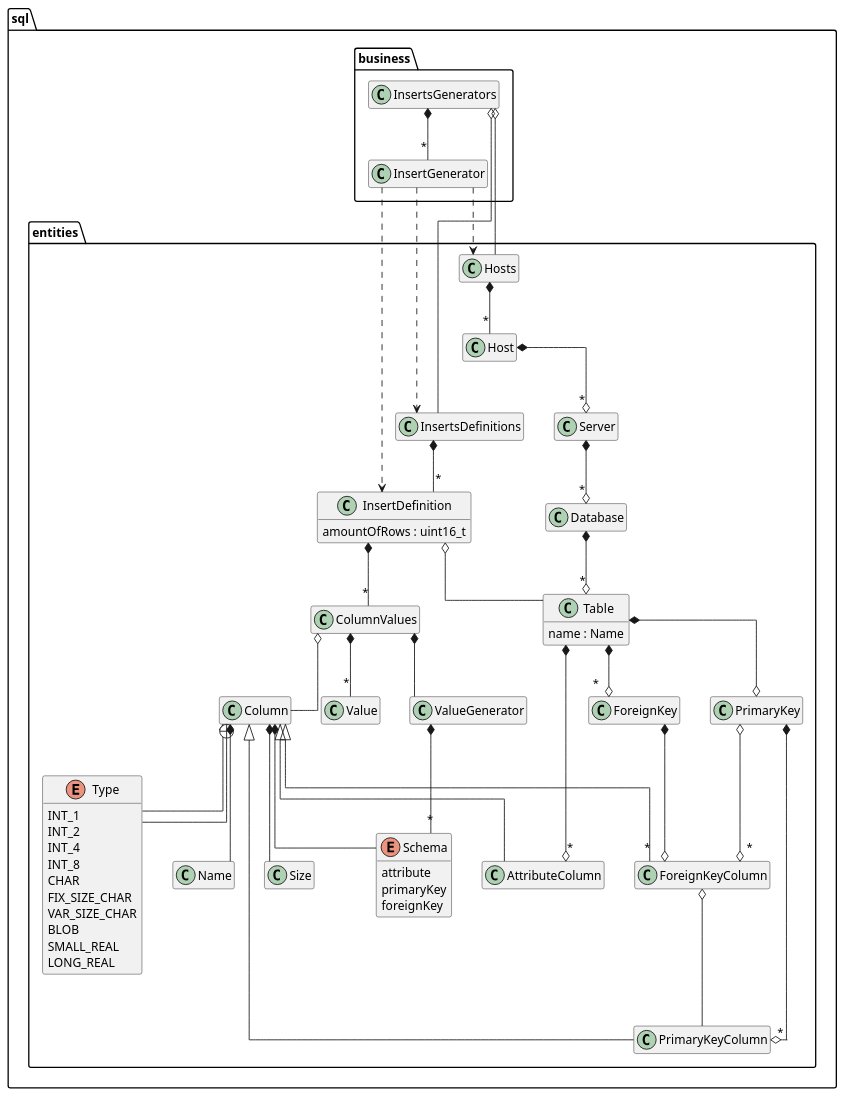
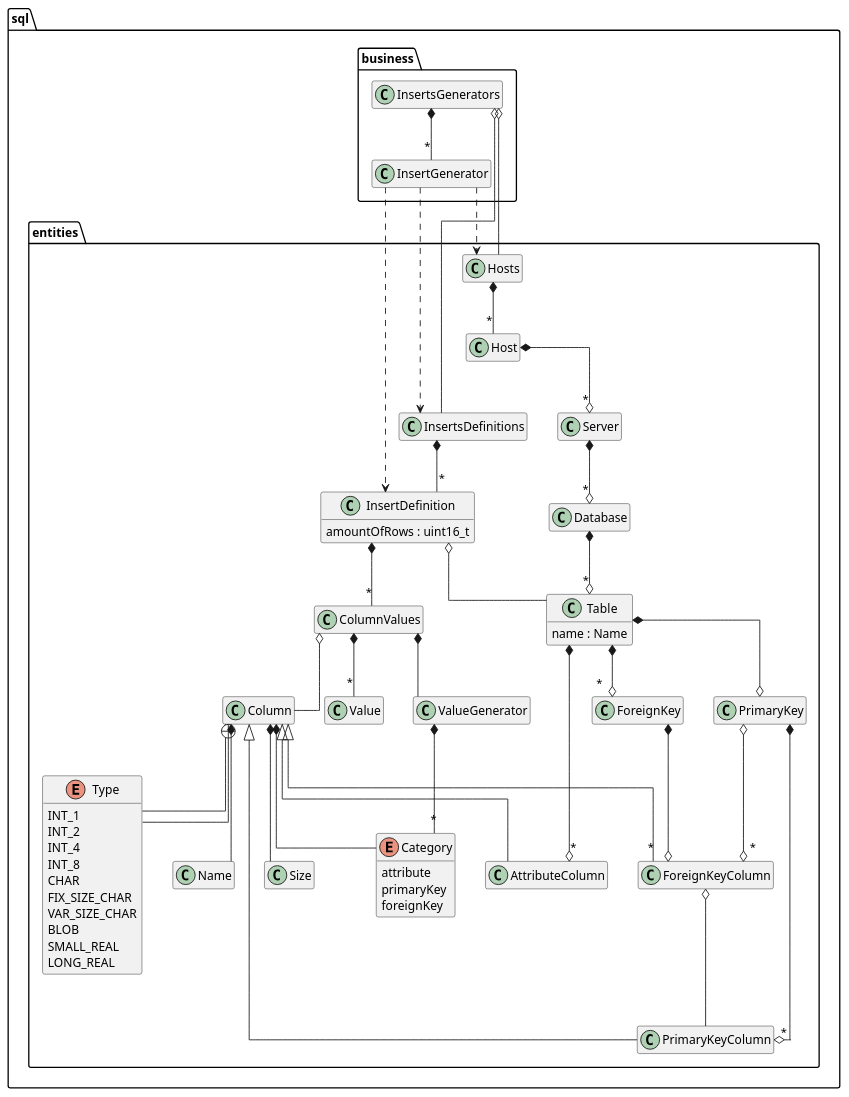
One commit to rodrigocanellas/tenacitas changed the diagram in code/sql/documents/sql2.plantuml. Above: the diagram before and after it, drawn with PlantUML. The commit also changed 53 other files, not shown here.

```diff
--- a/code/sql/documents/sql2.plantuml
+++ b/code/sql/documents/sql2.plantuml
@@ -1,123 +1,123 @@
 @startuml
 
 set namespaceSeparator ::
 
 hide empty members
 allow_mixing
 'left to right direction
 skinparam linetype ortho
 
 
 namespace  sql {
 
 namespace entities {
 
 class Size
 enum Type {
 	INT_1
 	INT_2
 	INT_4
 	INT_8
 	CHAR
 	FIX_SIZE_CHAR
 	VAR_SIZE_CHAR
 	BLOB
 	SMALL_REAL
 	LONG_REAL
 }
 class Name
 
 
 class Column
 
-enum Schema {
+enum Category {
 	attribute
 	primaryKey
 	foreignKey
 }
 
 class PrimaryKeyColumn
 class ForeignKeyColumn
 class AttributeColumn
 
 class Table {
 	name : Name
 }
 
 class Database
 class Server
 class Host
 class Hosts
 
 class PrimaryKey
 class ForeignKey
 
 
 class ValueGenerator
 
 'class AttributeValueGenerator
  
 
 class InsertsDefinitions
 
 class InsertDefinition {
 	amountOfRows : uint16_t
 }
 
 class ColumnValues
 
 Hosts *-- "*" Host
 Host *--o "*" Server
 Server *--o "*" Database
 Database *--o "*" Table
 
 ColumnValues *-- ValueGenerator
 ColumnValues o-- Column
 ColumnValues *-- "*" Value
 
-ValueGenerator *-- "*" Schema
+ValueGenerator *-- "*" Category
 
 InsertsDefinitions *-- "*" InsertDefinition
 
 InsertDefinition o-- Table
 InsertDefinition *-- "*" ColumnValues
 
 PrimaryKey *--o "*" PrimaryKeyColumn
 ForeignKey *--o "*" ForeignKeyColumn
 PrimaryKey o--o "*" ForeignKeyColumn
 
 Table *--o PrimaryKey
 Table *--o "*" ForeignKey
 Table *--o "*" AttributeColumn
 
-Column *-- Schema
+Column *-- Category
 
 Column *-- Type
 Column +-- Type
 Column *-- Size
 Column *-- Name
 
 Column <|-- PrimaryKeyColumn
 Column <|-- ForeignKeyColumn
 Column <|-- AttributeColumn
 
 ForeignKeyColumn o-- PrimaryKeyColumn
 
 }
 
 namespace business {
 
 class InsertsGenerators
 class InsertGenerator
 
 InsertsGenerators *-- "*" InsertGenerator
 
 InsertsGenerators o-- sql::entities::InsertsDefinitions
 InsertsGenerators  o-- sql::entities::Hosts
 InsertGenerator ..> sql::entities::InsertsDefinitions
 InsertGenerator ..> sql::entities::InsertDefinition
 InsertGenerator ..> sql::entities::Hosts
 }
 }
 
 @enduml
```
